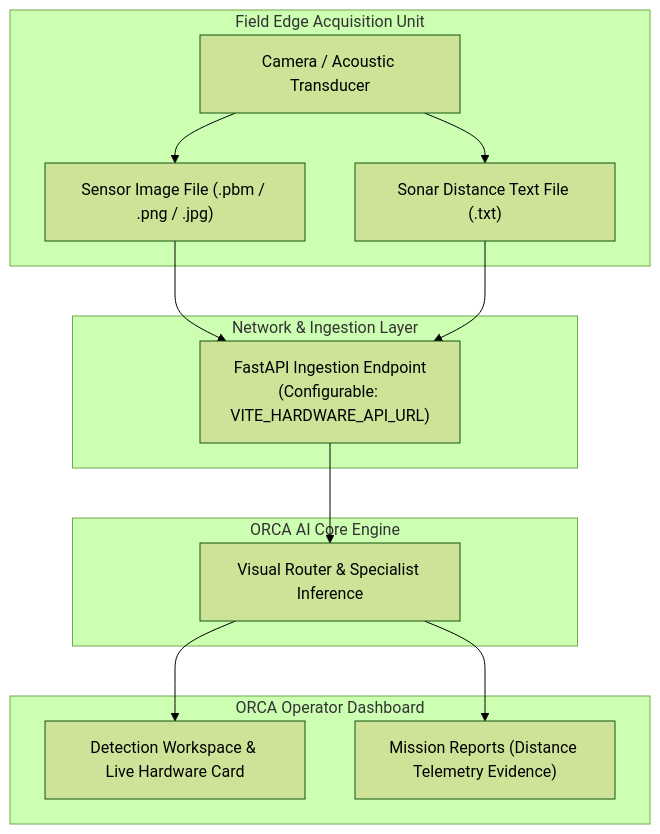
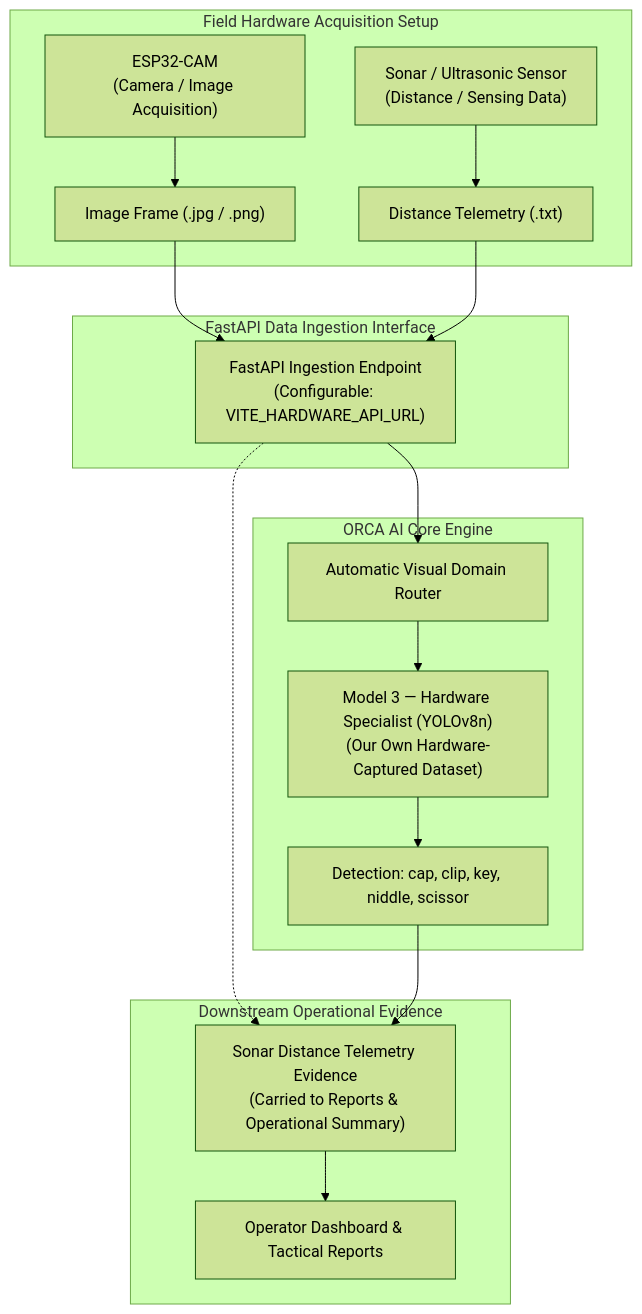
Before and after one commit to cherry-git999/ORCA---OCEAN-RESEARCH-CLASSIFICATION-PLATFORM: the eighth of 10 diagrams in README.md, drawn with Mermaid (forest theme). The commit also changed other lines of this file, not shown here.

````diff
--- a/README.md
+++ b/README.md
@@ -337,21 +381,24 @@
 ```mermaid
 flowchart TD
-    subgraph FieldEdge["Field Edge Acquisition Unit"]
-        Sensor["Camera / Acoustic Transducer"] --> Img["Sensor Image File (.pbm / .png / .jpg)"]
-        Sensor --> SonarTxt["Sonar Distance Text File (.txt)"]
+    subgraph Sensing["Field Hardware Acquisition Setup"]
+        CAM["ESP32-CAM\n(Camera / Image Acquisition)"] --> Img["Image Frame (.jpg / .png)"]
+        SONAR["Sonar / Ultrasonic Sensor\n(Distance / Sensing Data)"] --> Dist["Distance Telemetry (.txt)"]
     end
 
-    subgraph NetworkAPI["Network & Ingestion Layer"]
-        Img --> API["FastAPI Ingestion Endpoint\n(Configurable: VITE_HARDWARE_API_URL)"]
-        SonarTxt --> API
+    subgraph Ingestion["FastAPI Data Ingestion Interface"]
+        Img --> IngestAPI["FastAPI Ingestion Endpoint\n(Configurable: VITE_HARDWARE_API_URL)"]
+        Dist --> IngestAPI
     end
 
-    subgraph AICore["ORCA AI Core Engine"]
-        API --> RouterEngine["Visual Router & Specialist Inference"]
+    subgraph AIPlatform["ORCA AI Core Engine"]
+        IngestAPI --> Router["Automatic Visual Domain Router"]
+        Router --> M3["Model 3 — Hardware Specialist (YOLOv8n)\n(Our Own Hardware-Captured Dataset)"]
+        M3 --> Det["Detection: cap, clip, key, niddle, scissor"]
     end
 
-    subgraph DashboardConsole["ORCA Operator Dashboard"]
-        RouterEngine --> UIWorkspace["Detection Workspace & Live Hardware Card"]
-        RouterEngine --> RepOutput["Mission Reports (Distance Telemetry Evidence)"]
+    subgraph Reporting["Downstream Operational Evidence"]
+        IngestAPI -.-> Evidence["Sonar Distance Telemetry Evidence\n(Carried to Reports & Operational Summary)"]
+        Det --> Evidence
+        Evidence --> Dashboard["Operator Dashboard & Tactical Reports"]
     end
 ```
````
